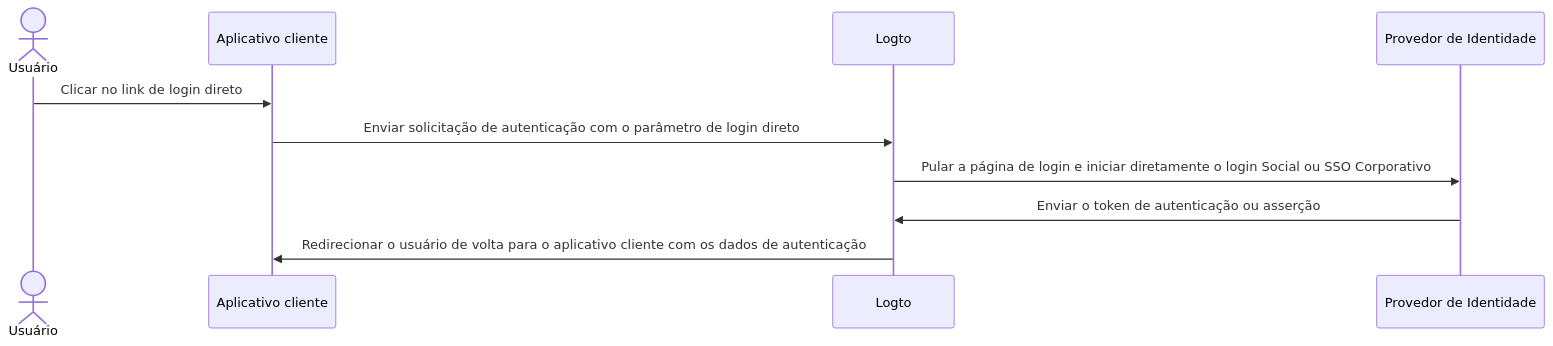
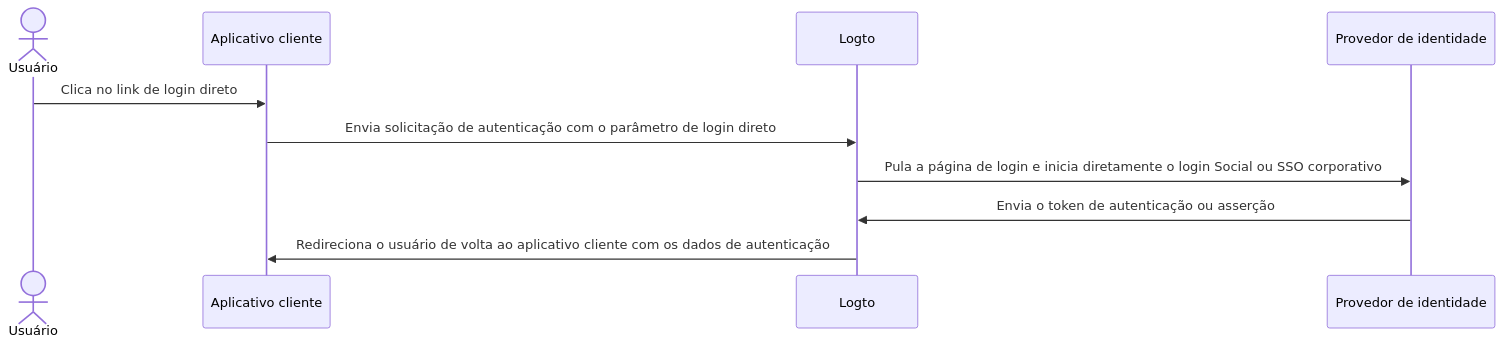
One commit to logto-io/docs changed the diagram in i18n/pt-BR/docusaurus-plugin-content-docs/current/end-user-flows/authentication-parameters/direct-sign-in.mdx. Above: the diagram before and after it, drawn with Mermaid. The commit also changed other lines of this file and 63 other files, not shown here.

````diff
--- a/i18n/pt-BR/docusaurus-plugin-content-docs/current/end-user-flows/authentication-parameters/direct-sign-in.mdx
+++ b/i18n/pt-BR/docusaurus-plugin-content-docs/current/end-user-flows/authentication-parameters/direct-sign-in.mdx
@@ -11,13 +11,13 @@
 ```mermaid
 sequenceDiagram
     actor user as Usuário
     participant app as Aplicativo cliente
     participant logto as Logto
-    participant idp as Provedor de Identidade
+    participant idp as Provedor de identidade
 
-    user->>app: Clicar no link de login direto
-    app->>logto: Enviar solicitação de autenticação com o parâmetro de login direto
-    logto->>idp: Pular a página de login e iniciar diretamente o login Social ou SSO Corporativo
-    idp->>logto: Enviar o token de autenticação ou asserção
-    logto->>app: Redirecionar o usuário de volta para o aplicativo cliente com os dados de autenticação
+    user->>app: Clica no link de login direto
+    app->>logto: Envia solicitação de autenticação com o parâmetro de login direto
+    logto->>idp: Pula a página de login e inicia diretamente o login Social ou SSO corporativo
+    idp->>logto: Envia o token de autenticação ou asserção
+    logto->>app: Redireciona o usuário de volta ao aplicativo cliente com os dados de autenticação
 ```
````
